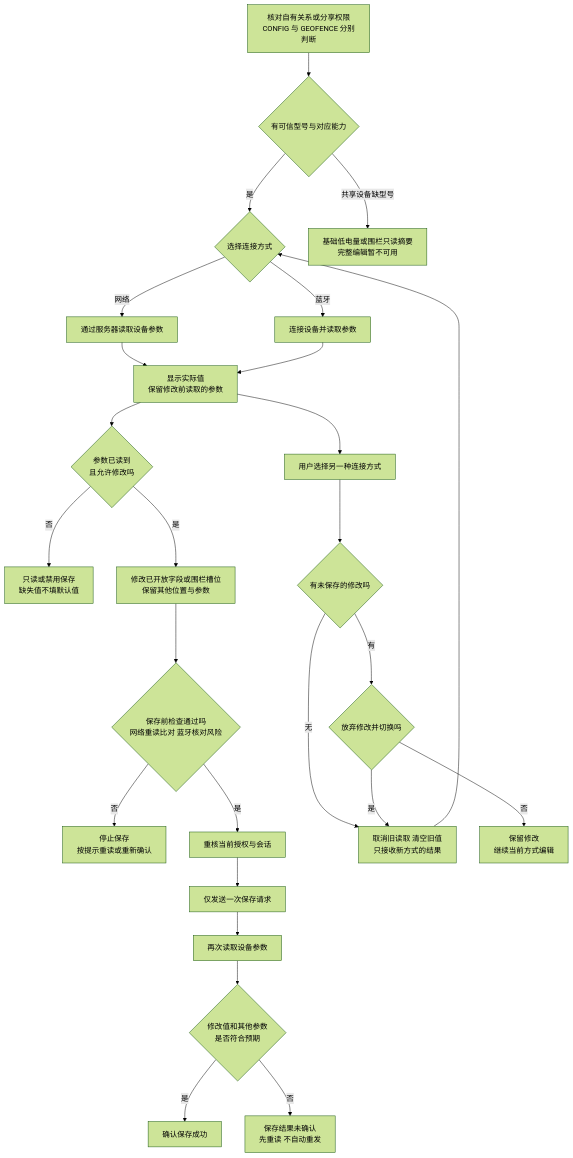
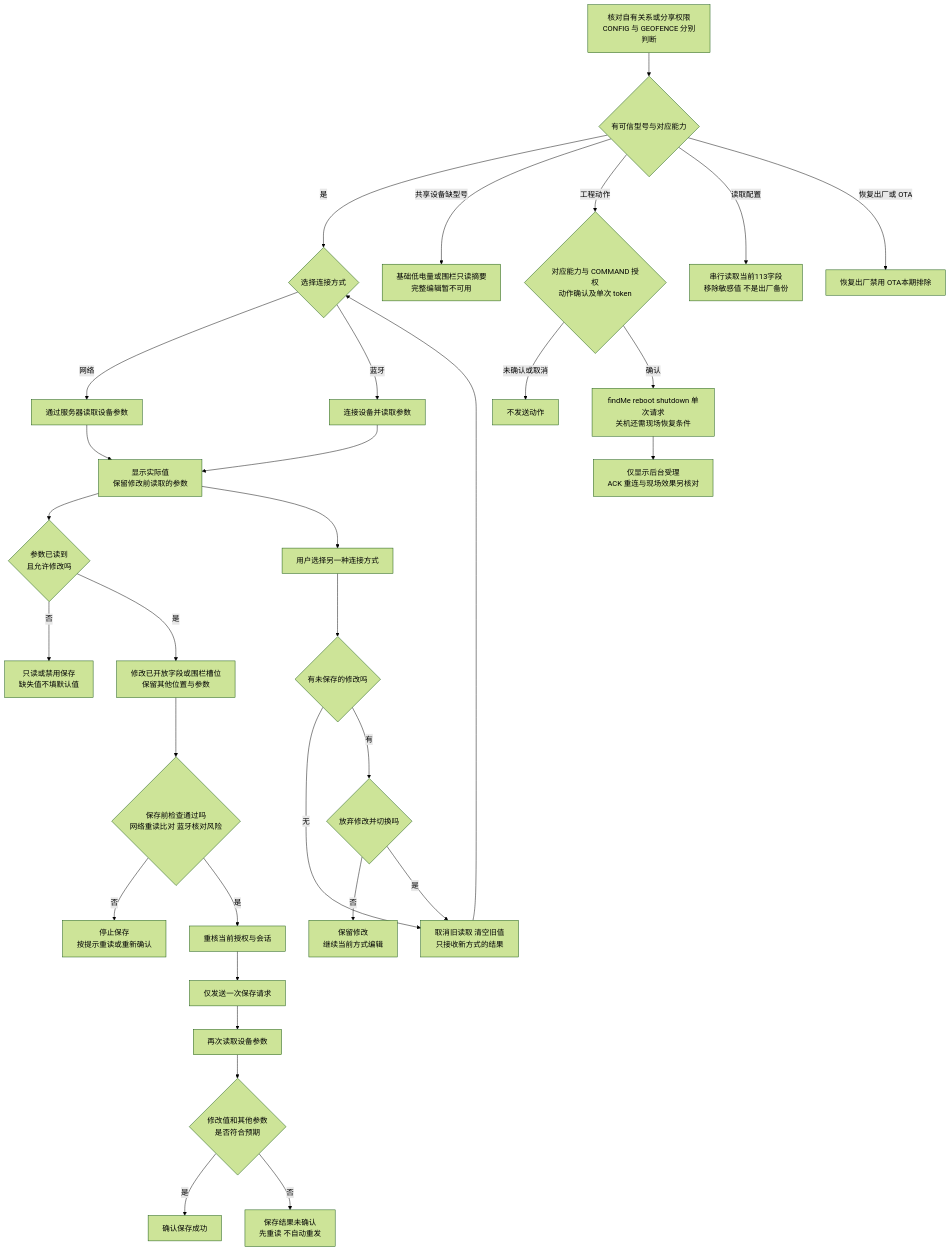
The diagram in guides/configuration-flow.mmd (jarLiao/eview-connect-c-app-prototype), drawn with Mermaid (forest theme) before and after one commit. The commit also changed 38 other files, not shown here.

```diff
--- a/guides/configuration-flow.mmd
+++ b/guides/configuration-flow.mmd
@@ -1,26 +1,32 @@
 flowchart TD
     A[核对自有关系或分享权限<br/>CONFIG 与 GEOFENCE 分别判断] --> U{有可信型号与对应能力}
     U -->|是| B{选择连接方式}
     U -->|共享设备缺型号| V[基础低电量或围栏只读摘要<br/>完整编辑暂不可用]
     B -->|网络| C[通过服务器读取设备参数]
     B -->|蓝牙| D[连接设备并读取参数]
     C --> E[显示实际值<br/>保留修改前读取的参数]
     D --> E
     E --> S{参数已读到<br/>且允许修改吗}
     S -->|否| T[只读或禁用保存<br/>缺失值不填默认值]
     S -->|是| F[修改已开放字段或围栏槽位<br/>保留其他位置与参数]
     F --> G{保存前检查通过吗<br/>网络重读比对 蓝牙核对风险}
     G -->|否| H[停止保存<br/>按提示重读或重新确认]
     G -->|是| W[重核当前授权与会话]
     W --> I[仅发送一次保存请求]
     I --> J[再次读取设备参数]
     J --> K{修改值和其他参数<br/>是否符合预期}
     K -->|是| L[确认保存成功]
     K -->|否| M[保存结果未确认<br/>先重读 不自动重发]
     E --> N[用户选择另一种连接方式]
     N --> O{有未保存的修改吗}
     O -->|无| R[取消旧读取 清空旧值<br/>只接收新方式的结果]
     O -->|有| P{放弃修改并切换吗}
     P -->|否| Q[保留修改<br/>继续当前方式编辑]
     P -->|是| R
     R --> B
+    U -->|工程动作| X{对应能力与 COMMAND 授权<br/>动作确认及单次 token}
+    X -->|未确认或取消| Y[不发送动作]
+    X -->|确认| Z[findMe reboot shutdown 单次请求<br/>关机还需现场恢复条件]
+    Z --> AA[仅显示后台受理<br/>ACK 重连与现场效果另核对]
+    U -->|读取配置| AB[串行读取当前113字段<br/>移除敏感值 不是出厂备份]
+    U -->|恢复出厂或 OTA| AC[恢复出厂禁用 OTA本期排除]
```
